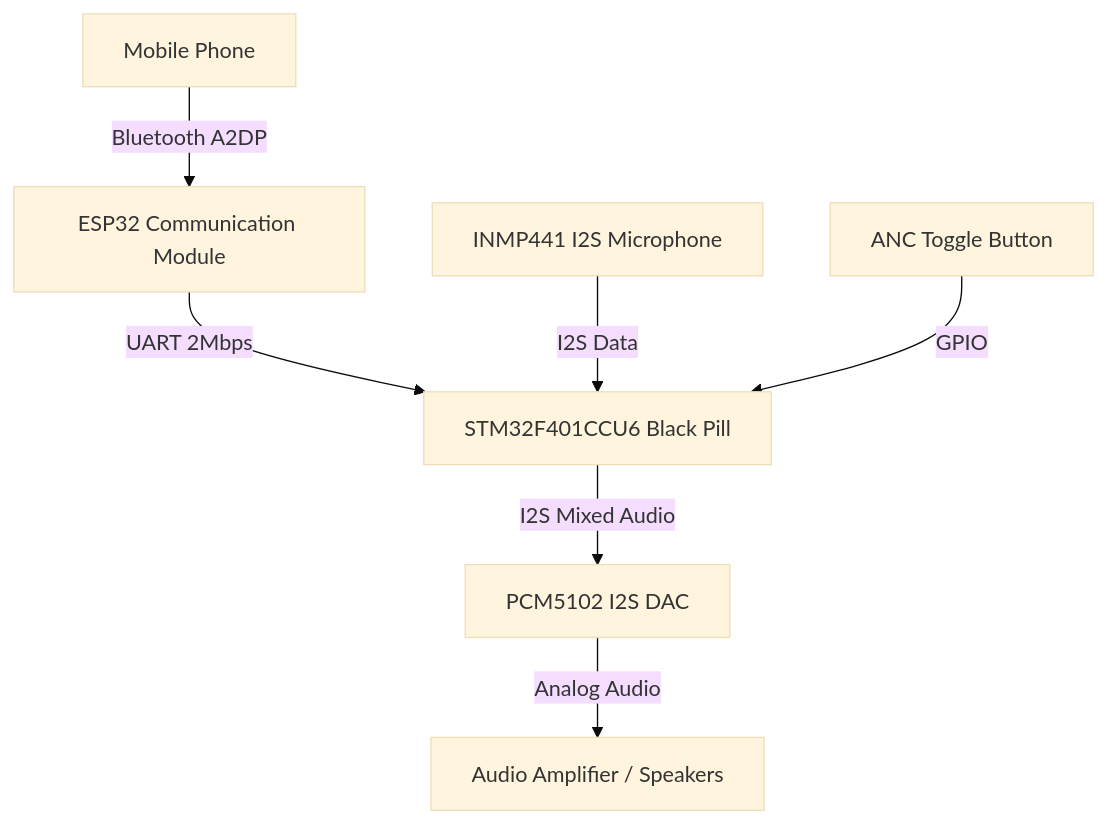
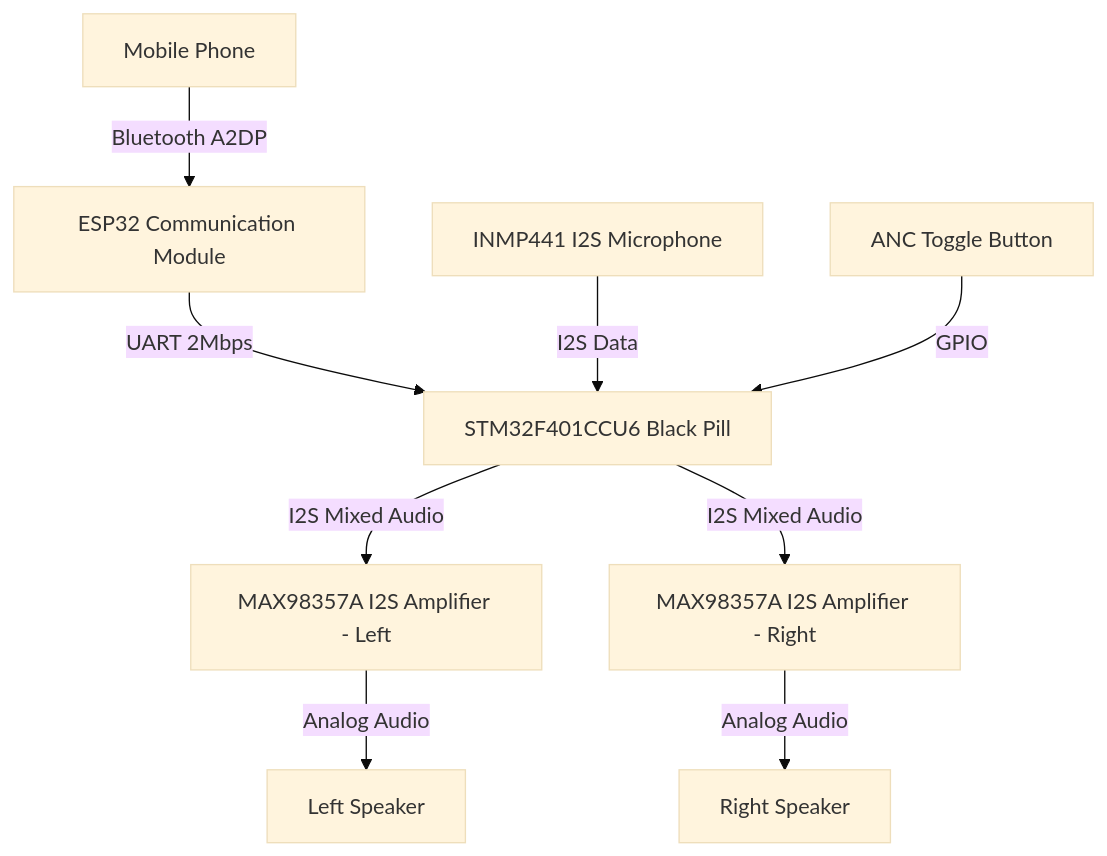
Before and after one commit to Stewy8506/Smart-Helmet-System: the diagram in circuit_diagram.md, drawn with Mermaid (base theme). The commit also changed other lines of this file, not shown here.

````diff
--- a/circuit_diagram.md
+++ b/circuit_diagram.md
@@ -7,14 +7,16 @@
 ```mermaid
 graph TD
     Phone[Mobile Phone] -- Bluetooth A2DP --> ESP32[ESP32 Communication Module]
     
     ESP32 -- UART 2Mbps --> STM32[STM32F401CCU6 Black Pill]
     
     Mic[INMP441 I2S Microphone] -- I2S Data --> STM32
     
-    STM32 -- I2S Mixed Audio --> DAC[PCM5102 I2S DAC]
+    STM32 -- I2S Mixed Audio --> AMP_L[MAX98357A I2S Amplifier - Left]
+    STM32 -- I2S Mixed Audio --> AMP_R[MAX98357A I2S Amplifier - Right]
     
-    DAC -- Analog Audio --> Amp[Audio Amplifier / Speakers]
+    AMP_L -- Analog Audio --> SPK_L[Left Speaker]
+    AMP_R -- Analog Audio --> SPK_R[Right Speaker]
     
     Button[ANC Toggle Button] -- GPIO --> STM32
 ```
````
